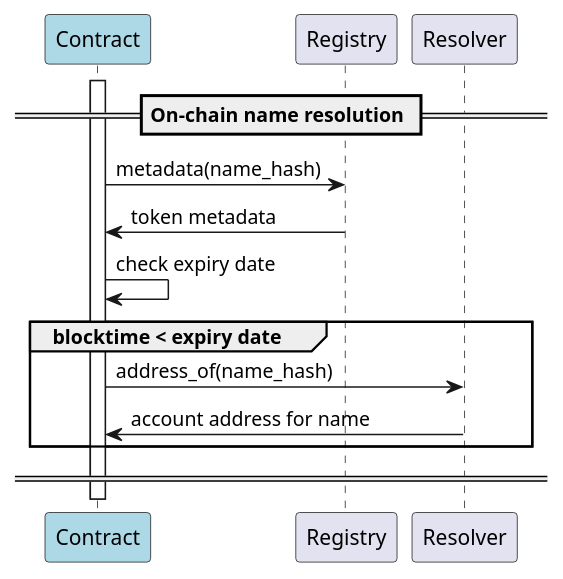
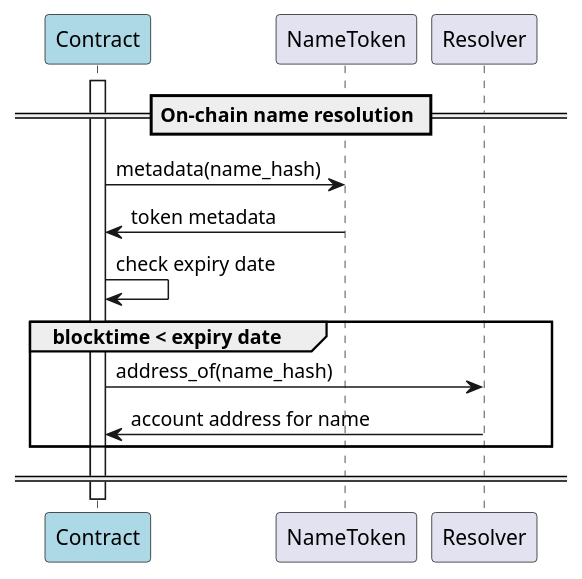
The diagram in docs/sequence-diagrams/puml/onchain-name-resolution.puml (make-software/cspr-name-contracts), drawn with PlantUML before and after one commit. The commit also changed 13 other files, not shown here.

Commit message:
Renamed Registry contract with NameToken in the sequence diagrams.

```diff
--- a/docs/sequence-diagrams/puml/onchain-name-resolution.puml
+++ b/docs/sequence-diagrams/puml/onchain-name-resolution.puml
@@ -1,24 +1,24 @@
 @startuml
 'https://plantuml.com/sequence-diagram
 
 'autonumber
 participant "Contract" #lightblue
-participant "Registry"
+participant "NameToken"
 participant "Resolver"
 
 == On-chain name resolution ==
 
 activate "Contract"
-"Contract" -> "Registry": metadata(name_hash)
-"Registry" -> "Contract": token metadata
+"Contract" -> "NameToken": metadata(name_hash)
+"NameToken" -> "Contract": token metadata
 Contract -> Contract: check expiry date
 
 group blocktime < expiry date
 "Contract" -> Resolver: address_of(name_hash)
 Resolver -> Contract: account address for name
 end
 == ==
 
 deactivate Contract
 
 @enduml
```
